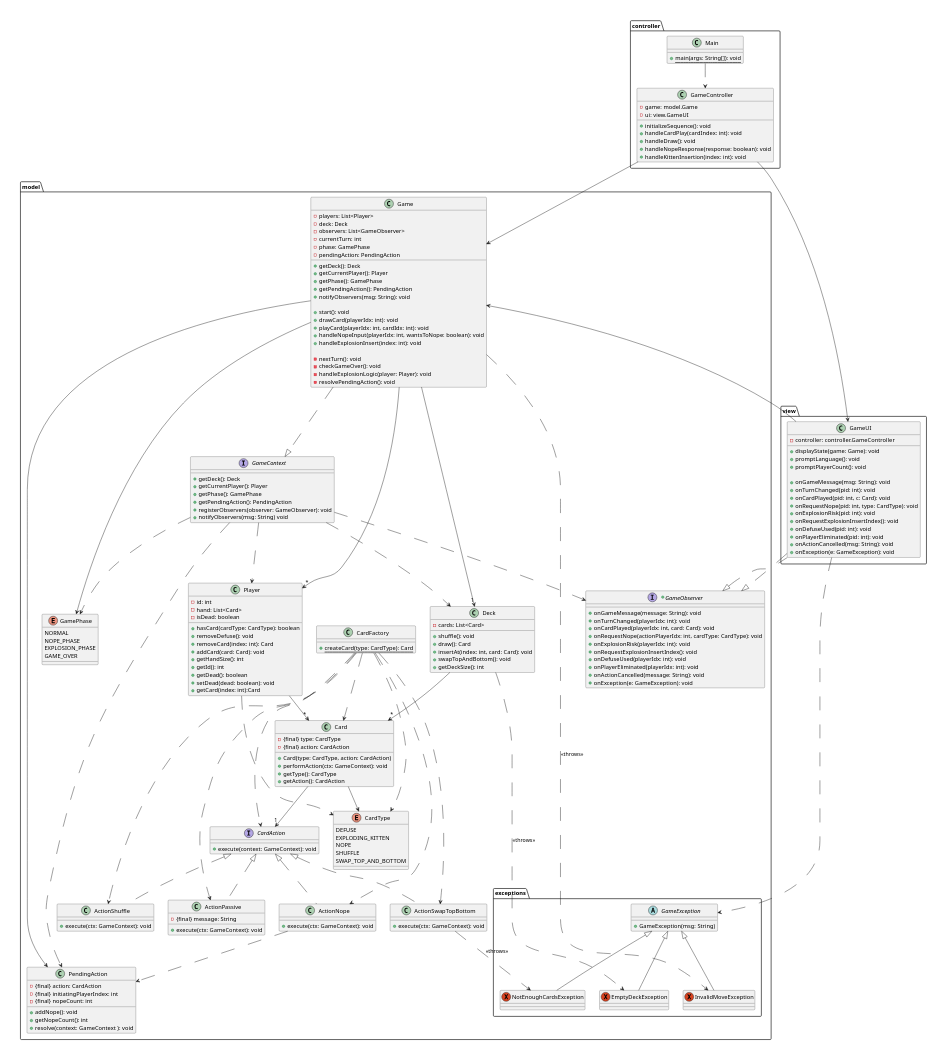
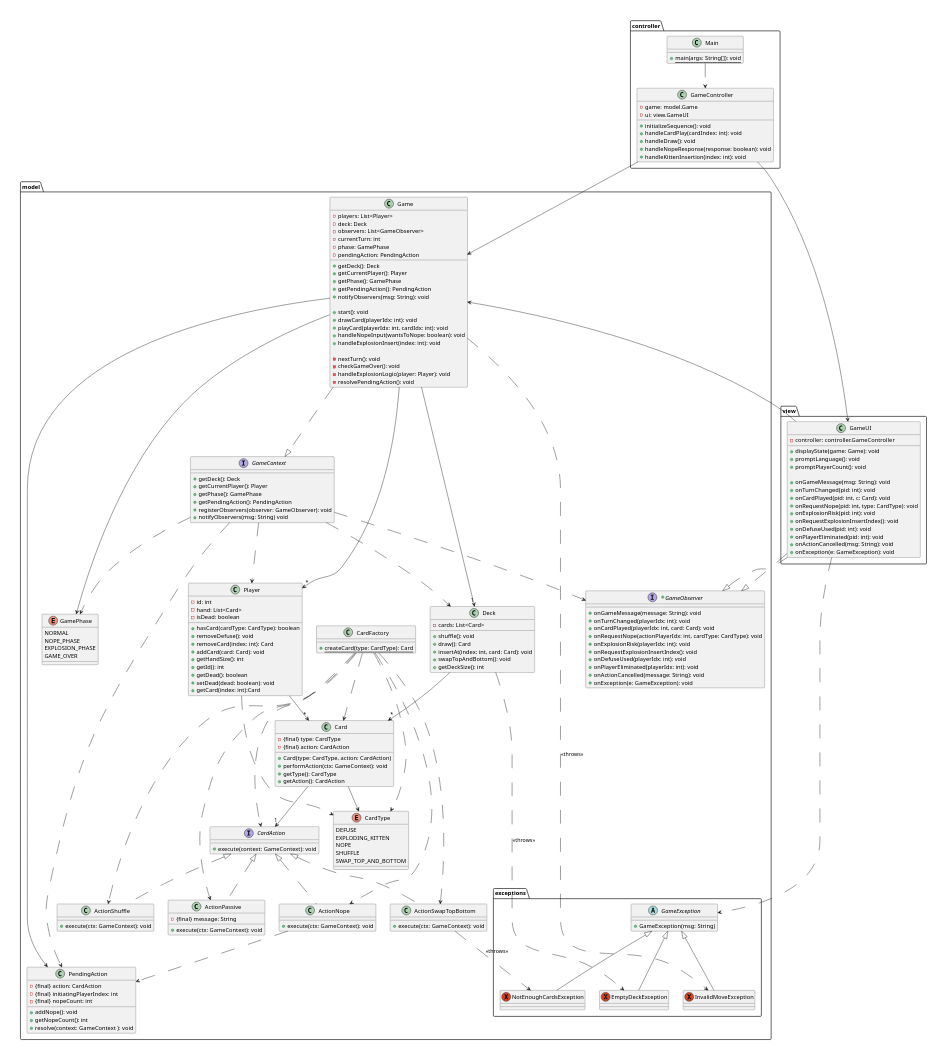
One commit to nu-cs-sw-design/project-20252601-396_final changed the diagram in docs/design/design.puml. Above: the diagram before and after it, drawn with PlantUML. The commit also changed 2 other files, not shown here.

```diff
--- a/docs/design/design.puml
+++ b/docs/design/design.puml
@@ -67,7 +67,7 @@
         +start(): void
         +drawCard(playerIdx: int): void
         +playCard(playerIdx: int, cardIdx: int): void
-        +handleNopeInput(playerIdx: int, wantsToNope: boolean): void
+        +handleNopeInput(wantsToNope: boolean): void
         +handleExplosionInsert(index: int): void
 
         -nextTurn(): void
```
